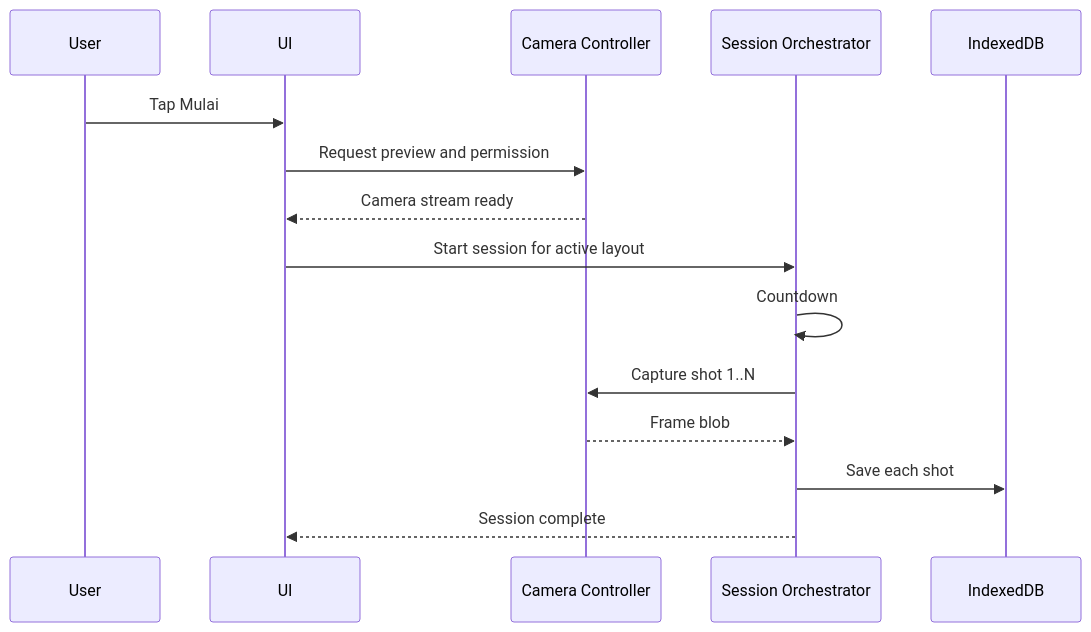
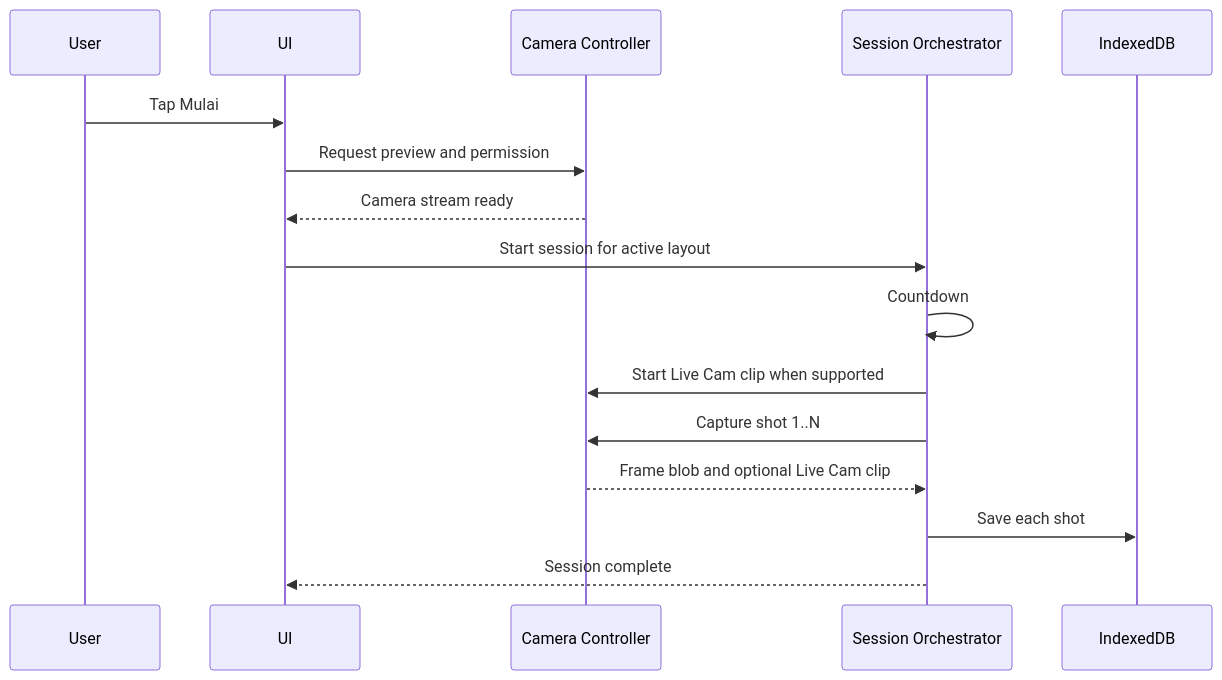
Before and after one commit to kungfufafa/SteCute: the third of 5 diagrams in docs/stecute-technical-design.md, drawn with Mermaid. The commit also changed other lines of this file and 12 other files, not shown here.

First line of the commit message:
feat: enhance live cam functionality and output handling

````diff
--- a/docs/stecute-technical-design.md
+++ b/docs/stecute-technical-design.md
@@ -588,18 +619,19 @@
 ```mermaid
 sequenceDiagram
     participant U as User
     participant UI as UI
     participant CAM as Camera Controller
     participant ORC as Session Orchestrator
     participant DB as IndexedDB
 
     U->>UI: Tap Mulai
     UI->>CAM: Request preview and permission
     CAM-->>UI: Camera stream ready
     UI->>ORC: Start session for active layout
     ORC->>ORC: Countdown
+    ORC->>CAM: Start Live Cam clip when supported
     ORC->>CAM: Capture shot 1..N
-    CAM-->>ORC: Frame blob
+    CAM-->>ORC: Frame blob and optional Live Cam clip
     ORC->>DB: Save each shot
     ORC-->>UI: Session complete
 ```
````
